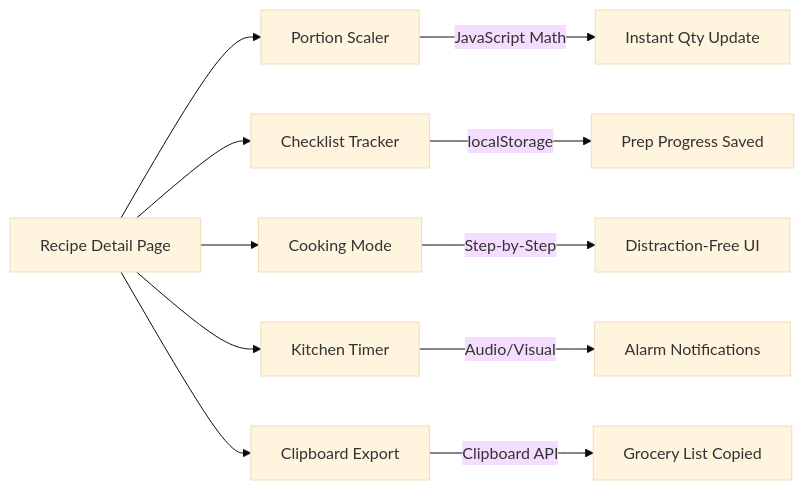
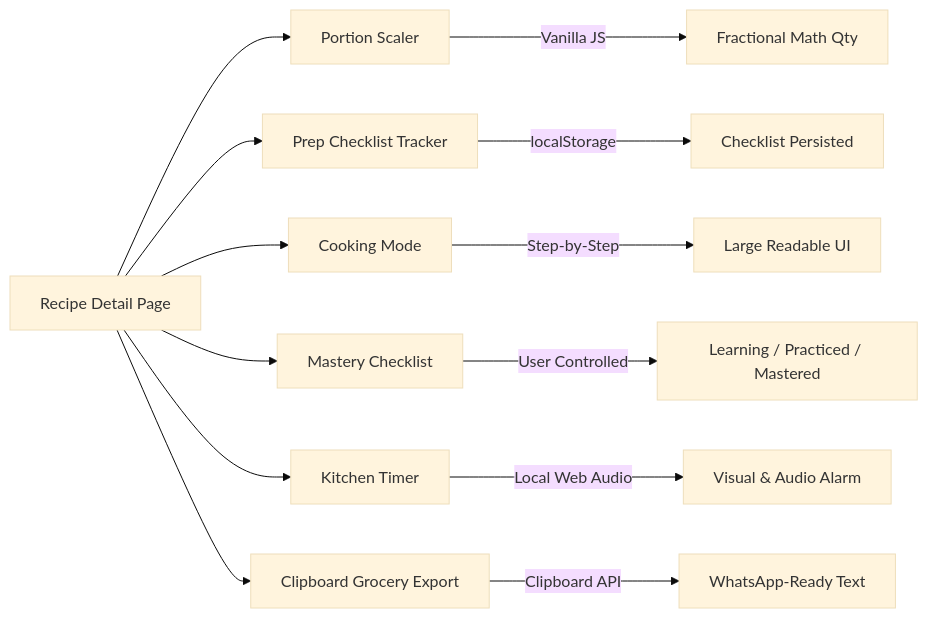
The diagram in README.md (Sh-aran13/Recipe-Book-using-php), drawn with Mermaid (base theme) before and after one commit. The commit also changed other lines of this file and 17 other files, not shown here.

````diff
--- a/README.md
+++ b/README.md
@@ -177,14 +225,16 @@
 ```mermaid
 graph LR
     A[Recipe Detail Page] --> B[Portion Scaler]
-    A --> C[Checklist Tracker]
+    A --> C[Prep Checklist Tracker]
     A --> D[Cooking Mode]
-    A --> E[Kitchen Timer]
-    A --> F[Clipboard Export]
+    A --> E[Mastery Checklist]
+    A --> F[Kitchen Timer]
+    A --> G[Clipboard Grocery Export]
 
-    B -->|JavaScript Math| G[Instant Qty Update]
-    C -->|localStorage| H[Prep Progress Saved]
-    D -->|Step-by-Step| I[Distraction-Free UI]
-    E -->|Audio/Visual| J[Alarm Notifications]
-    F -->|Clipboard API| K[Grocery List Copied]
+    B -->|Vanilla JS| H[Fractional Math Qty]
+    C -->|localStorage| I[Checklist Persisted]
+    D -->|Step-by-Step| J[Large Readable UI]
+    E -->|User Controlled| K[Learning / Practiced / Mastered]
+    F -->|Local Web Audio| L[Visual & Audio Alarm]
+    G -->|Clipboard API| M[WhatsApp-Ready Text]
 ```
````
